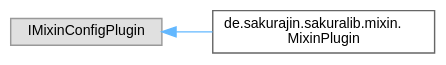
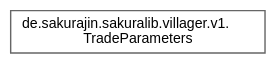
The diagram in inherit_graph_28.dot (noah1510/sakura-lib), drawn with Graphviz before and after one commit. The commit also changed 77 other files, not shown here.

```diff
--- a/inherit_graph_28.dot
+++ b/inherit_graph_28.dot
@@ -1,11 +1,9 @@
 digraph "Graphical Class Hierarchy"
 {
  // LATEX_PDF_SIZE
   bgcolor="transparent";
   edge [fontname=Helvetica,fontsize=10,labelfontname=Helvetica,labelfontsize=10];
   node [fontname=Helvetica,fontsize=10,shape=box,height=0.2,width=0.4];
   rankdir="LR";
-  Node0 [label="IMixinConfigPlugin",height=0.2,width=0.4,color="grey60", fillcolor="#E0E0E0", style="filled",tooltip=" "];
-  Node0 -> Node1 [dir="back",color="steelblue1",style="solid"];
-  Node1 [label="de.sakurajin.sakuralib.mixin.\lMixinPlugin",height=0.2,width=0.4,color="grey40", fillcolor="white", style="filled",URL="$classde_1_1sakurajin_1_1sakuralib_1_1mixin_1_1MixinPlugin.html",tooltip=" "];
+  Node0 [label="de.sakurajin.sakuralib.villager.v1.\lTradeParameters",height=0.2,width=0.4,color="grey40", fillcolor="white", style="filled",URL="$classde_1_1sakurajin_1_1sakuralib_1_1villager_1_1v1_1_1TradeParameters.html",tooltip="A class to represent the parameters for an individual trade."];
 }
```
